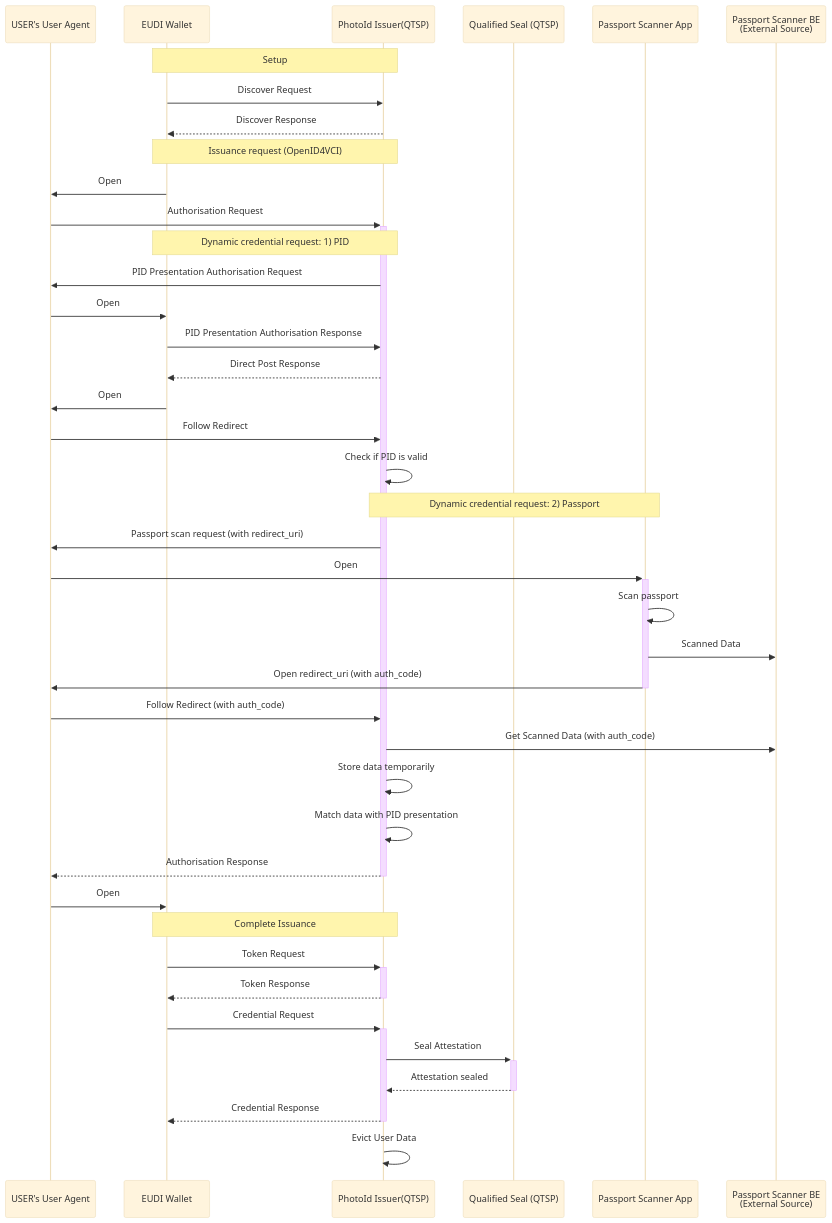
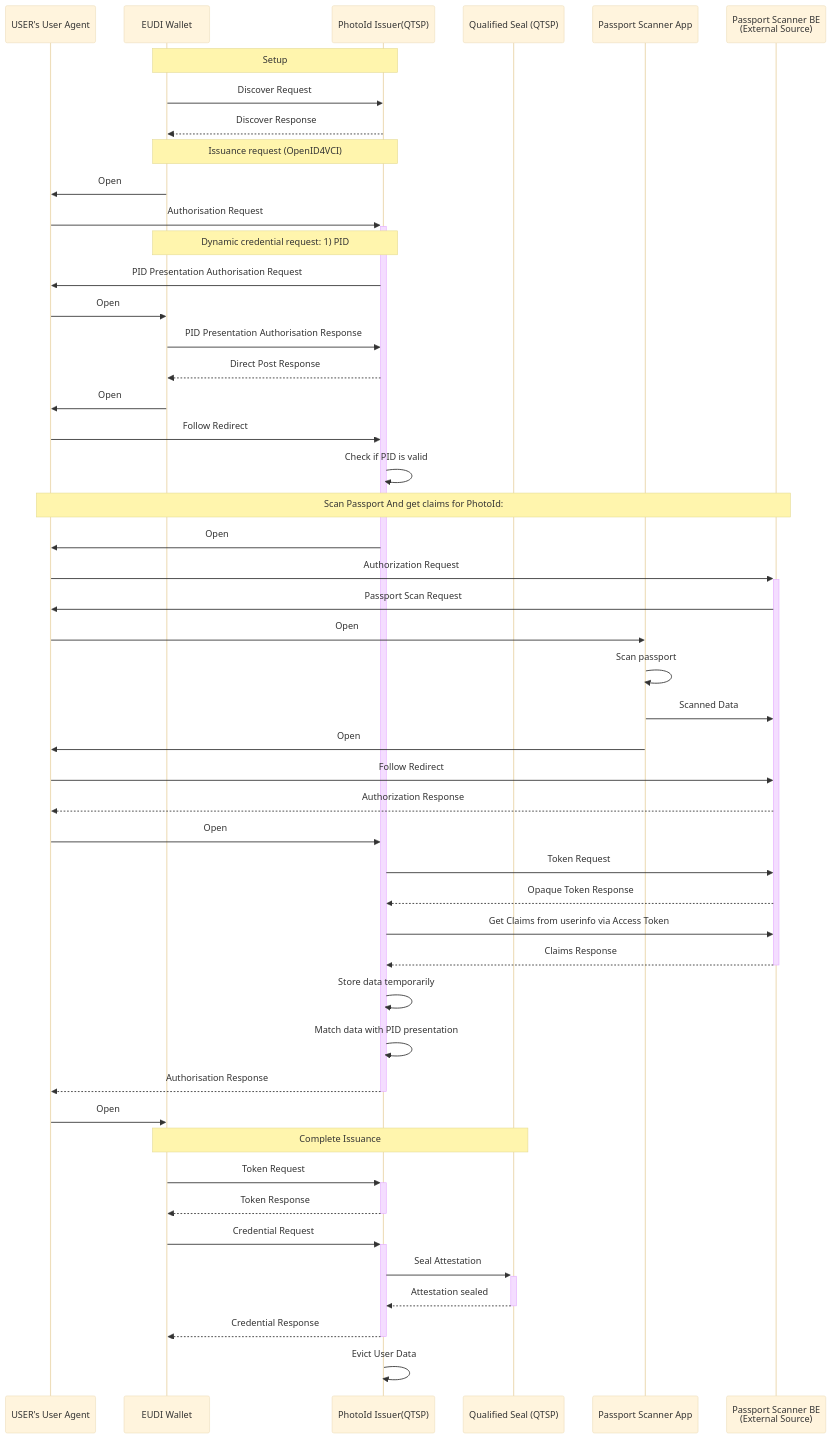
One commit to EWC-consortium/eudi-wallet-rfcs changed the second of 2 diagrams in ewc-rfc013-issue-photoid.md. Above: the diagram before and after it, drawn with Mermaid (base theme).

Commit message:
update detailed diagram

````diff
--- a/ewc-rfc013-issue-photoid.md
+++ b/ewc-rfc013-issue-photoid.md
@@ -143,54 +143,62 @@
 ```mermaid
 sequenceDiagram
     participant UA as USER's User Agent
     participant W as EUDI Wallet
     participant IS as PhotoId Issuer(QTSP)
     participant QS as Qualified Seal (QTSP)
     participant PS as Passport Scanner App
     participant ES as Passport Scanner BE <br> (External Source)
     Note over W,IS: Setup
 
     W->>IS: Discover Request
     IS-->>W: Discover Response
 
-   
+
     Note over W,IS: Issuance request (OpenID4VCI)
     W->>UA: Open
     UA->>+IS: Authorisation Request
-    
+
     Note over W,IS: Dynamic credential request: 1) PID
-    IS->>UA: PID Presentation Authorisation Request 
+    IS->>UA: PID Presentation Authorisation Request
     UA->>W: Open
     W->>IS: PID Presentation Authorisation Response
     IS-->>W: Direct Post Response
     W->>UA: Open
     UA->>IS: Follow Redirect
     IS->>IS: Check if PID is valid
-    
-    Note over PS,IS: Dynamic credential request: 2) Passport
-    IS->>UA: Passport scan request (with redirect_uri)
-    UA->>+PS: Open
+
+    Note over UA,ES: Scan Passport And get claims for PhotoId:
+    IS->>UA: Open
+    UA->>+ES: Authorization Request
+    ES->>UA: Passport Scan Request
+    UA->>PS: Open
+
     PS->>PS: Scan passport
     PS->>ES: Scanned Data
-    PS->>-UA: Open redirect_uri (with auth_code)
-    UA->>IS: Follow Redirect (with auth_code)
-    IS->>ES: Get Scanned Data (with auth_code)
+    PS->>UA: Open
+    UA->>ES: Follow Redirect
+    ES-->>UA: Authorization Response
+    UA->>IS: Open
+    IS->>ES: Token Request
+    ES-->>IS: Opaque Token Response
+    IS->>ES: Get Claims from userinfo via Access Token
+    ES-->>-IS: Claims Response
     IS->>IS: Store data temporarily
     IS->>IS: Match data with PID presentation
 
 
     IS-->>-UA: Authorisation Response
     UA->>W: Open
 
-    Note over W,IS: Complete Issuance
+    Note over W,QS: Complete Issuance
 
     W->>+IS: Token Request
     IS-->>-W: Token Response
-   
+
     W->>+IS: Credential Request
     IS->>+QS: Seal Attestation
     QS-->>-IS: Attestation sealed
     IS-->>-W: Credential Response
 
     IS->>IS: Evict User Data
 ```
````
